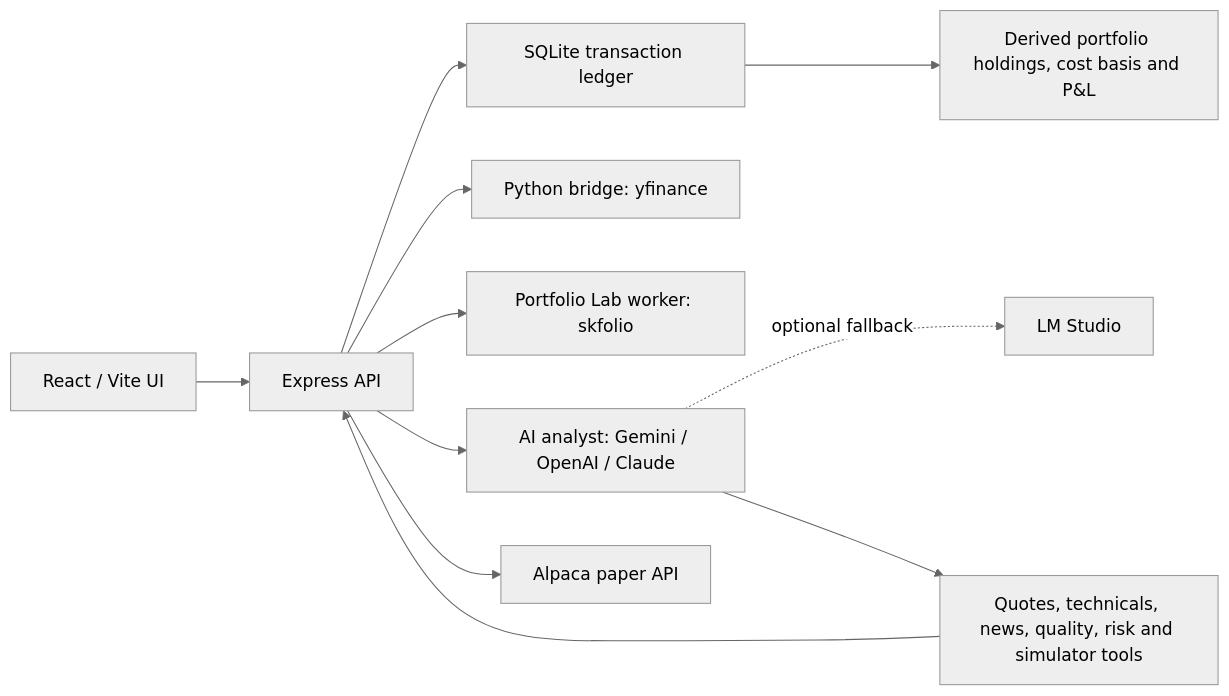
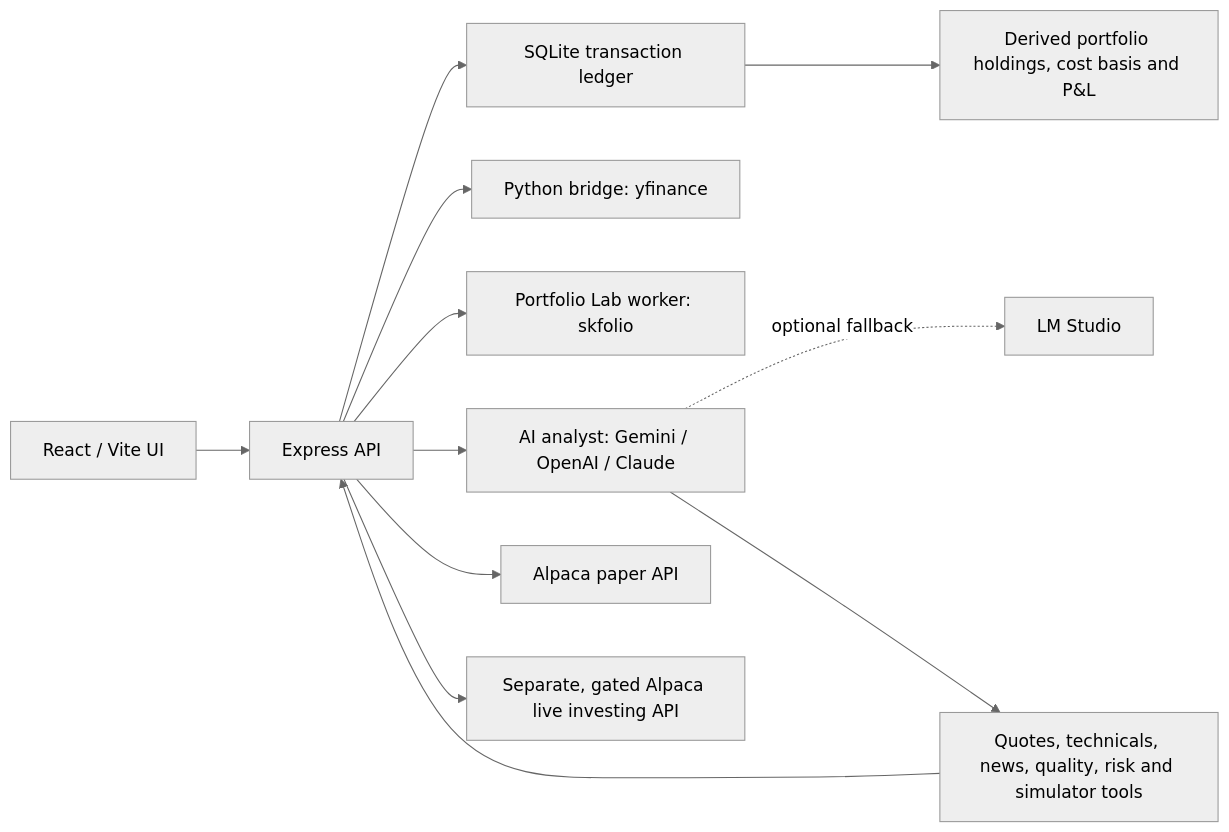
The diagram in README.md (reviaro/stock-app), drawn with Mermaid (neutral theme) before and after one commit. The commit also changed other lines of this file and 17 other files, not shown here.

Commit message:
Add guarded long-term Alpaca live investing workspace

````diff
--- a/README.md
+++ b/README.md
@@ -34,13 +34,14 @@
 ```mermaid
 flowchart LR
     UI["React / Vite UI"] --> API["Express API"]
     API --> Ledger["SQLite transaction ledger"]
     Ledger --> Derived["Derived portfolio holdings, cost basis and P&L"]
     API --> Python["Python bridge: yfinance"]
     API --> Lab["Portfolio Lab worker: skfolio"]
     API --> AI["AI analyst: Gemini / OpenAI / Claude"]
     AI -. "optional fallback" .-> Local["LM Studio"]
     AI --> Tools["Quotes, technicals, news, quality, risk and simulator tools"]
     Tools --> API
     API --> Paper["Alpaca paper API"]
+    API --> Live["Separate, gated Alpaca live investing API"]
 ```
````
